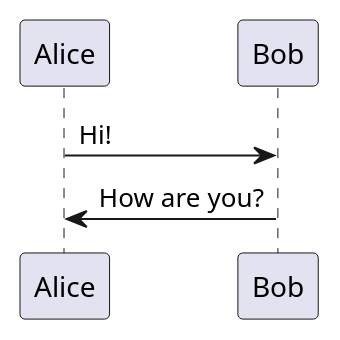
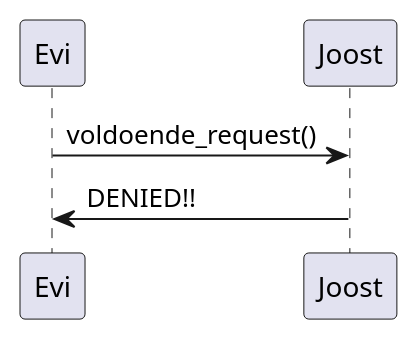
One commit to iraadit/template_cpp changed the diagram in doc/index.rst. Above: the diagram before and after it, drawn with PlantUML. The commit also changed 3 other files, not shown here.

```diff
--- a/doc/index.rst
+++ b/doc/index.rst
@@ -20,4 +20,4 @@
 .. uml::
 
-   Alice -> Bob: Hi!
-   Alice <- Bob: How are you?
+	Evi -> Joost: voldoende_request()
+	Evi <- Joost: DENIED!!
```
